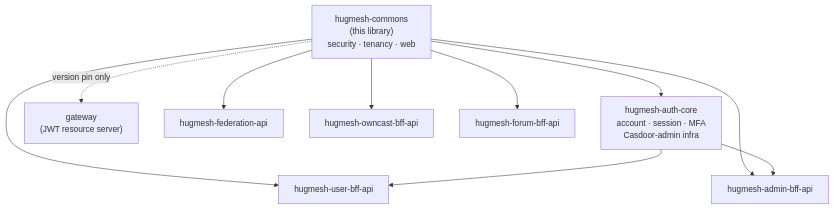
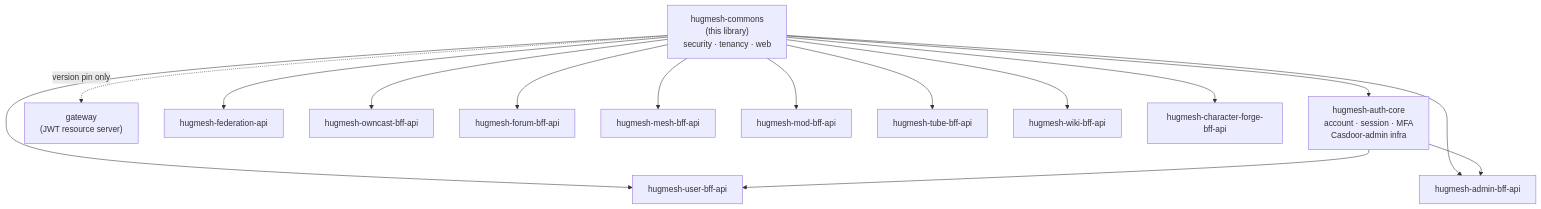
The first of 2 diagrams in content/developer-guide/shared-commons.md (hugmesh/hugmesh.github.io), drawn with Mermaid before and after one commit. The commit also changed other lines of this file and 166 other files, not shown here.

````diff
--- a/content/developer-guide/shared-commons.md
+++ b/content/developer-guide/shared-commons.md
@@ -32,21 +36,31 @@
 ```mermaid
 flowchart TB
     commons["hugmesh-commons\n(this library)\nsecurity · tenancy · web"]
     auth_core["hugmesh-auth-core\naccount · session · MFA\nCasdoor-admin infra"]
     gateway["gateway\n(JWT resource server)"]
     federation["hugmesh-federation-api"]
     user_bff["hugmesh-user-bff-api"]
     admin_bff["hugmesh-admin-bff-api"]
     owncast_bff["hugmesh-owncast-bff-api"]
     forum_bff["hugmesh-forum-bff-api"]
+    mesh_bff["hugmesh-mesh-bff-api"]
+    mod_bff["hugmesh-mod-bff-api"]
+    tube_bff["hugmesh-tube-bff-api"]
+    wiki_bff["hugmesh-wiki-bff-api"]
+    forge_bff["hugmesh-character-forge-bff-api"]
 
     commons --> auth_core
     commons -.->|version pin only| gateway
     commons --> federation
     commons --> user_bff
     commons --> admin_bff
     commons --> owncast_bff
     commons --> forum_bff
+    commons --> mesh_bff
+    commons --> mod_bff
+    commons --> tube_bff
+    commons --> wiki_bff
+    commons --> forge_bff
     auth_core --> user_bff
     auth_core --> admin_bff
 ```
````
